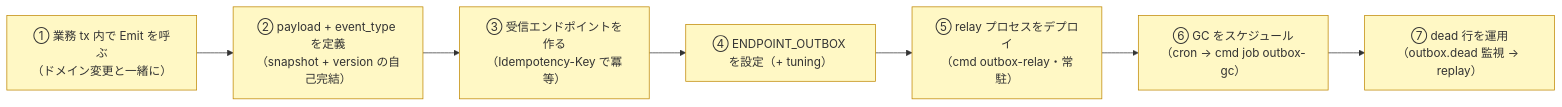
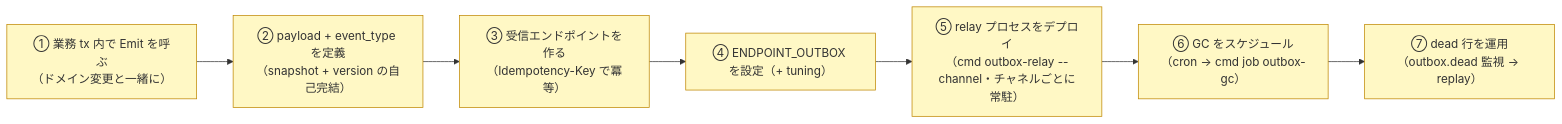
Before and after one commit to Tomy-ch/go-boilerplate: the fifth of 5 diagrams in docs/design/outbox.ja.md, drawn with Mermaid. The commit also changed other lines of this file and 19 other files, not shown here.

````diff
--- a/docs/design/outbox.ja.md
+++ b/docs/design/outbox.ja.md
@@ -223,12 +227,12 @@
 ```mermaid
 flowchart LR
     EM["① 業務 tx 内で Emit を呼ぶ<br/>（ドメイン変更と一緒に）"]:::need
     PL["② payload + event_type を定義<br/>（snapshot + version の自己完結）"]:::need
     RC["③ 受信エンドポイントを作る<br/>（Idempotency-Key で冪等）"]:::need
     CF["④ ENDPOINT_OUTBOX を設定（+ tuning）"]:::need
-    DP["⑤ relay プロセスをデプロイ<br/>（cmd outbox-relay・常駐）"]:::need
+    DP["⑤ relay プロセスをデプロイ<br/>（cmd outbox-relay --channel・チャネルごとに常駐）"]:::need
     GC["⑥ GC をスケジュール<br/>（cron → cmd job outbox-gc）"]:::need
     OP["⑦ dead 行を運用<br/>（outbox.dead 監視 → replay）"]:::need
     EM --> PL --> RC --> CF --> DP --> GC --> OP
     classDef need fill:#fff8c5,stroke:#bf8700;
 ```
````
